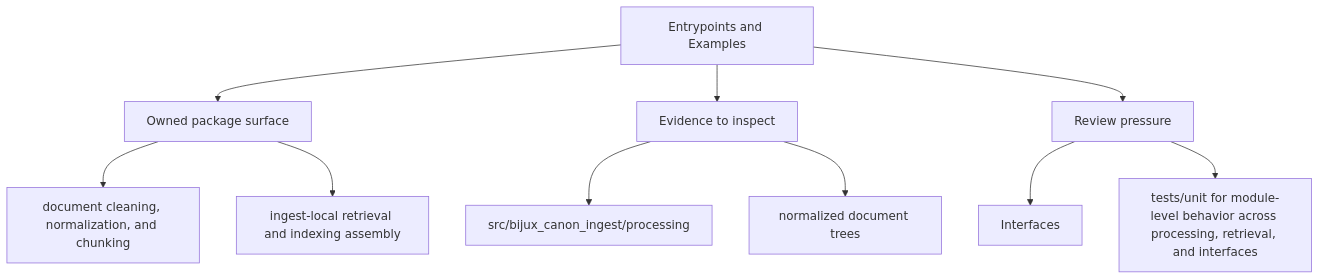
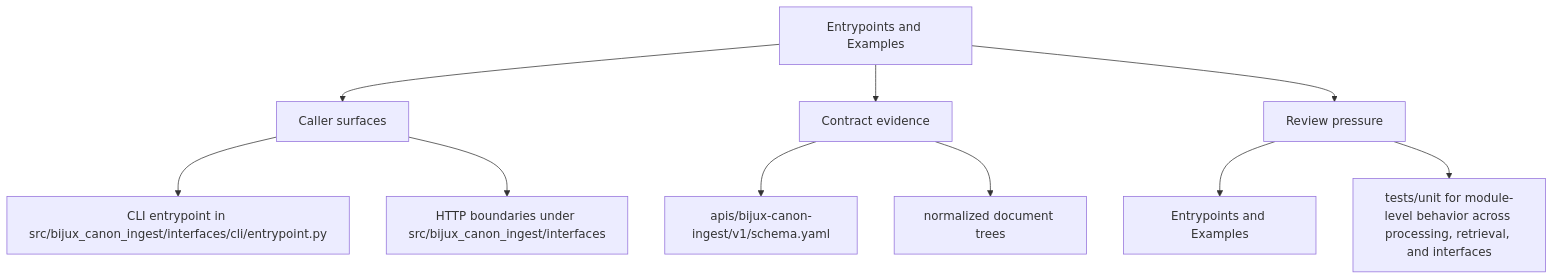
Before and after one commit to bijux/bijux-canon: the second of 2 diagrams in docs/bijux-canon-ingest/interfaces/entrypoints-and-examples.md, drawn with Mermaid. The commit also changed other lines of this file and 250 other files, not shown here.

Commit message:
docs(diagrams): make product page maps more readable

````diff
--- a/docs/bijux-canon-ingest/interfaces/entrypoints-and-examples.md
+++ b/docs/bijux-canon-ingest/interfaces/entrypoints-and-examples.md
@@ -34,22 +34,22 @@
 ```mermaid
 flowchart TD
     page["Entrypoints and Examples"]
-    focus1["Owned package surface"]
+    focus1["Caller surfaces"]
     page --> focus1
-    focus1_1["document cleaning, normalization, and chunking"]
+    focus1_1["CLI entrypoint in src/bijux_canon_ingest/interfaces/cli/entrypoint.py"]
     focus1 --> focus1_1
-    focus1_2["ingest-local retrieval and indexing assembly"]
+    focus1_2["HTTP boundaries under src/bijux_canon_ingest/interfaces"]
     focus1 --> focus1_2
-    focus2["Evidence to inspect"]
+    focus2["Contract evidence"]
     page --> focus2
-    focus2_1["src/bijux_canon_ingest/processing"]
+    focus2_1["apis/bijux-canon-ingest/v1/schema.yaml"]
     focus2 --> focus2_1
     focus2_2["normalized document trees"]
     focus2 --> focus2_2
     focus3["Review pressure"]
     page --> focus3
-    focus3_1["Interfaces"]
+    focus3_1["Entrypoints and Examples"]
     focus3 --> focus3_1
     focus3_2["tests/unit for module-level behavior across processing, retrieval, and interfaces"]
     focus3 --> focus3_2
 ```
````
